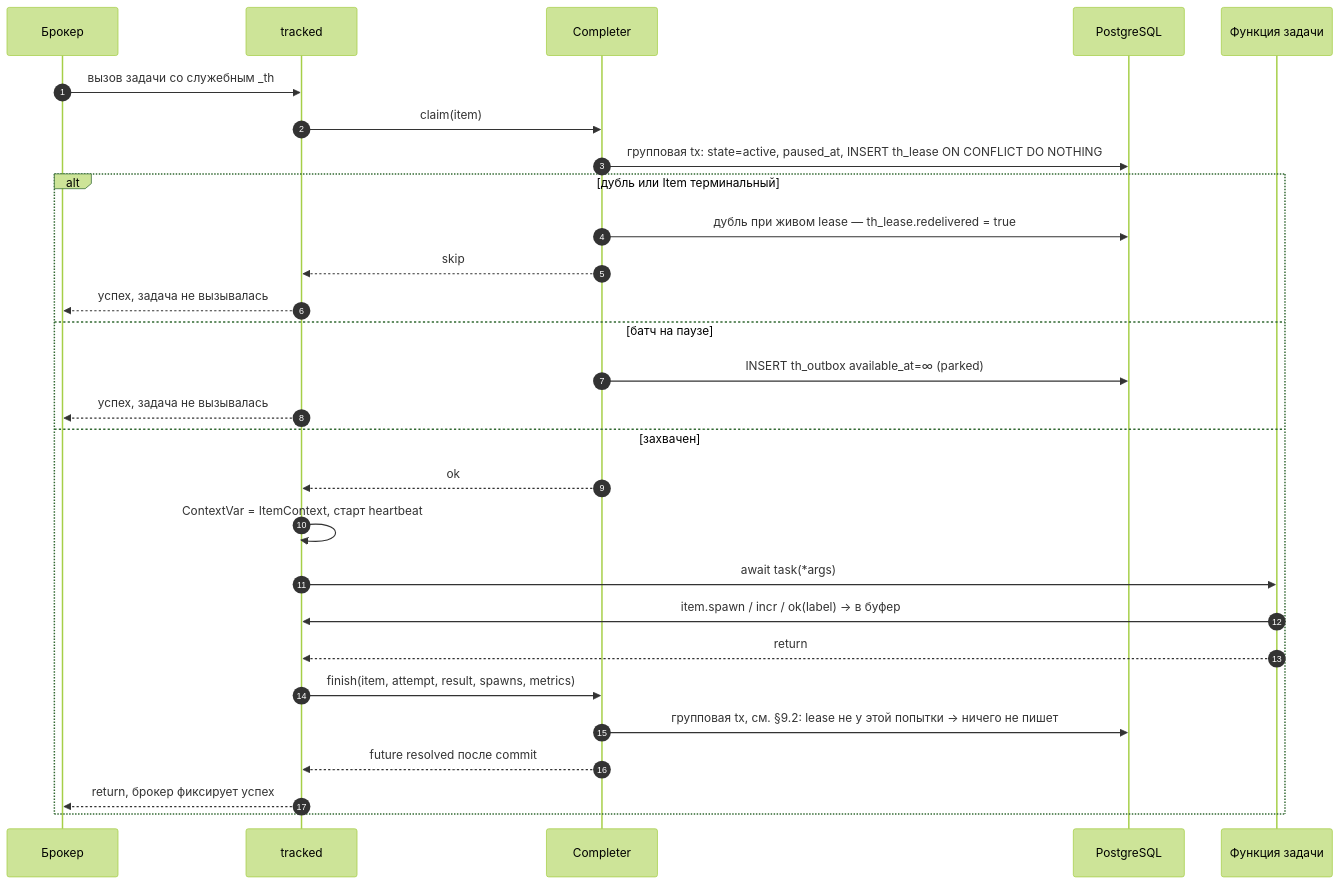
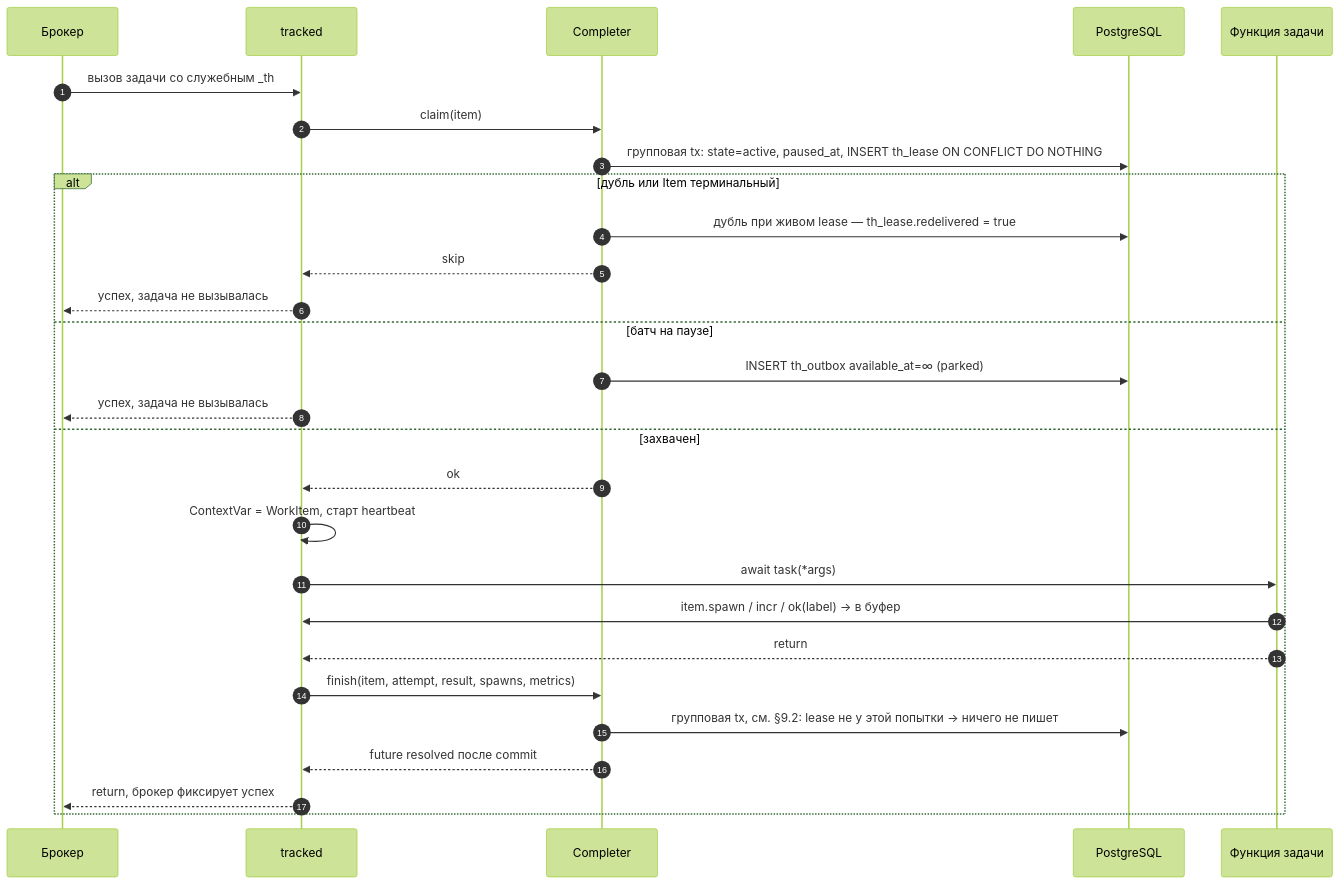
Diagram 15 of 43 in docs/ARCHITECTURE.md (0cherednoq/Tallyho), drawn with Mermaid (forest theme) before and after one commit. The commit also changed other lines of this file and 61 other files, not shown here.

````diff
--- a/docs/ARCHITECTURE.md
+++ b/docs/ARCHITECTURE.md
@@ -1025,31 +1025,31 @@
 ```mermaid
 sequenceDiagram
     autonumber
     participant B as Брокер
     participant MW as tracked
     participant C as Completer
     participant DB as PostgreSQL
     participant T as Функция задачи
 
     B->>MW: вызов задачи со служебным _th
     MW->>C: claim(item)
     C->>DB: групповая tx: state=active, paused_at, INSERT th_lease ON CONFLICT DO NOTHING
     alt дубль или Item терминальный
         C->>DB: дубль при живом lease — th_lease.redelivered = true
         C-->>MW: skip
         MW-->>B: успех, задача не вызывалась
     else батч на паузе
         C->>DB: INSERT th_outbox available_at=∞ (parked)
         MW-->>B: успех, задача не вызывалась
     else захвачен
         C-->>MW: ok
-        MW->>MW: ContextVar = ItemContext, старт heartbeat
+        MW->>MW: ContextVar = WorkItem, старт heartbeat
         MW->>T: await task(*args)
         T->>MW: item.spawn / incr / ok(label) → в буфер
         T-->>MW: return
         MW->>C: finish(item, attempt, result, spawns, metrics)
         C->>DB: групповая tx, см. §9.2: lease не у этой попытки → ничего не пишет
         C-->>MW: future resolved после commit
         MW-->>B: return, брокер фиксирует успех
     end
 ```
````
